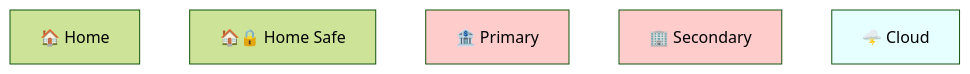
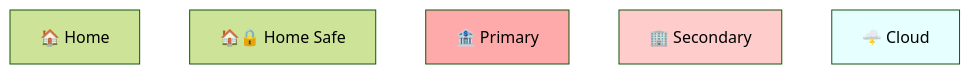
One commit to BlockchainCommons/SmartCustody changed the fourth of 26 diagrams in Docs/Scenario-Multisig.md. Above: the diagram before and after it, drawn with Mermaid (forest theme).

````diff
--- a/Docs/Scenario-Multisig.md
+++ b/Docs/Scenario-Multisig.md
@@ -214,12 +214,12 @@
 ```mermaid
     graph BT;
     A["🏠 Home"]
     B["🏠🔒 Home Safe"]
     C["🏦 Primary"]
     D["🏢 Secondary"]
     E["🌩️ Cloud"]
     
-style C fill:#ffcccc;
+style C fill:#ffaaaa;
 style D fill:#ffcccc;
 style E fill:#e6ffff;
 ```
````
